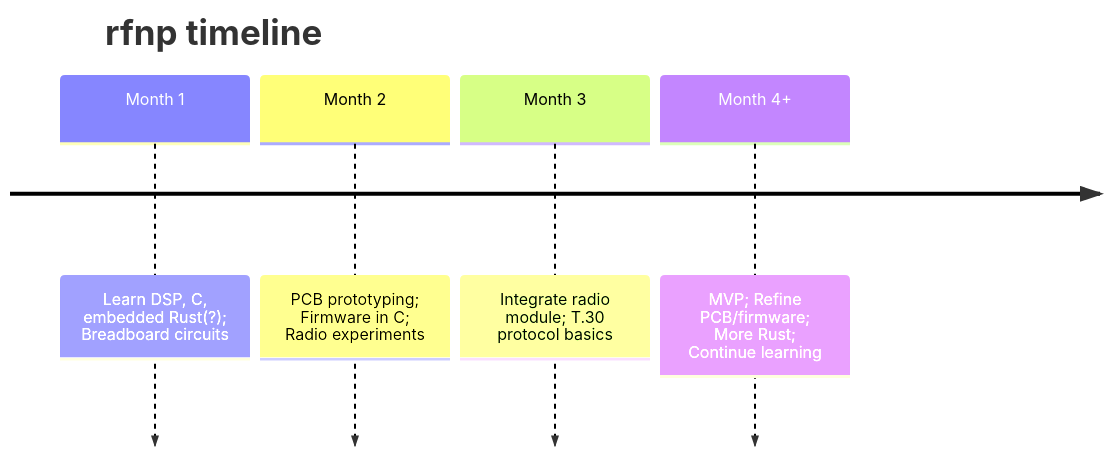
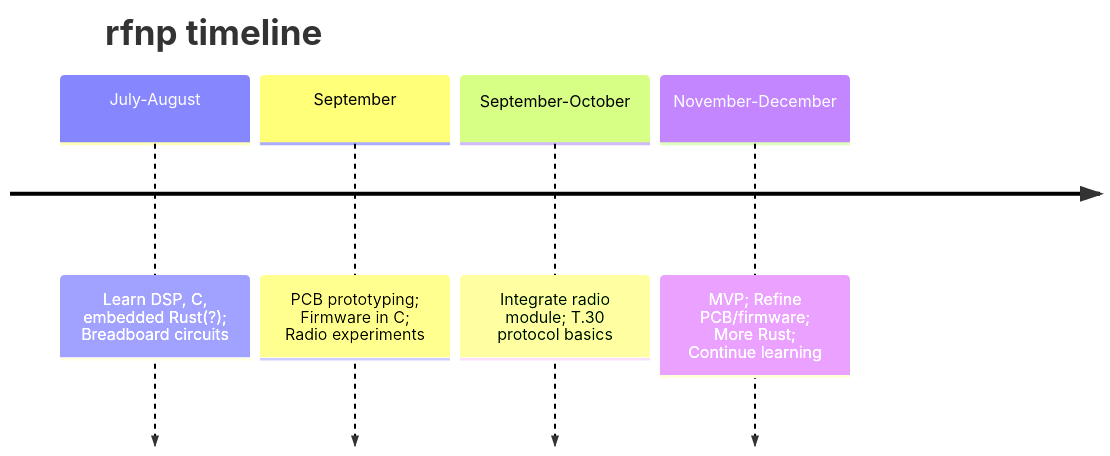
The diagram in doc/README.md (confestim/rfnp), drawn with Mermaid before and after one commit.

Commit message:
Realistic months n shit

````diff
--- a/doc/README.md
+++ b/doc/README.md
@@ -20,8 +20,8 @@
 ```mermaid
 timeline
     title rfnp timeline
-    Month 1 : Learn DSP, C, embedded Rust(?); Breadboard circuits
-    Month 2 : PCB prototyping; Firmware in C; Radio experiments
-    Month 3 : Integrate radio module; T.30 protocol basics
-    Month 4+ : MVP; Refine PCB/firmware; More Rust; Continue learning
+    July-August : Learn DSP, C, embedded Rust(?); Breadboard circuits
+    September: PCB prototyping; Firmware in C; Radio experiments
+    September-October: Integrate radio module; T.30 protocol basics
+    November-December: MVP; Refine PCB/firmware; More Rust; Continue learning
 ```
````
